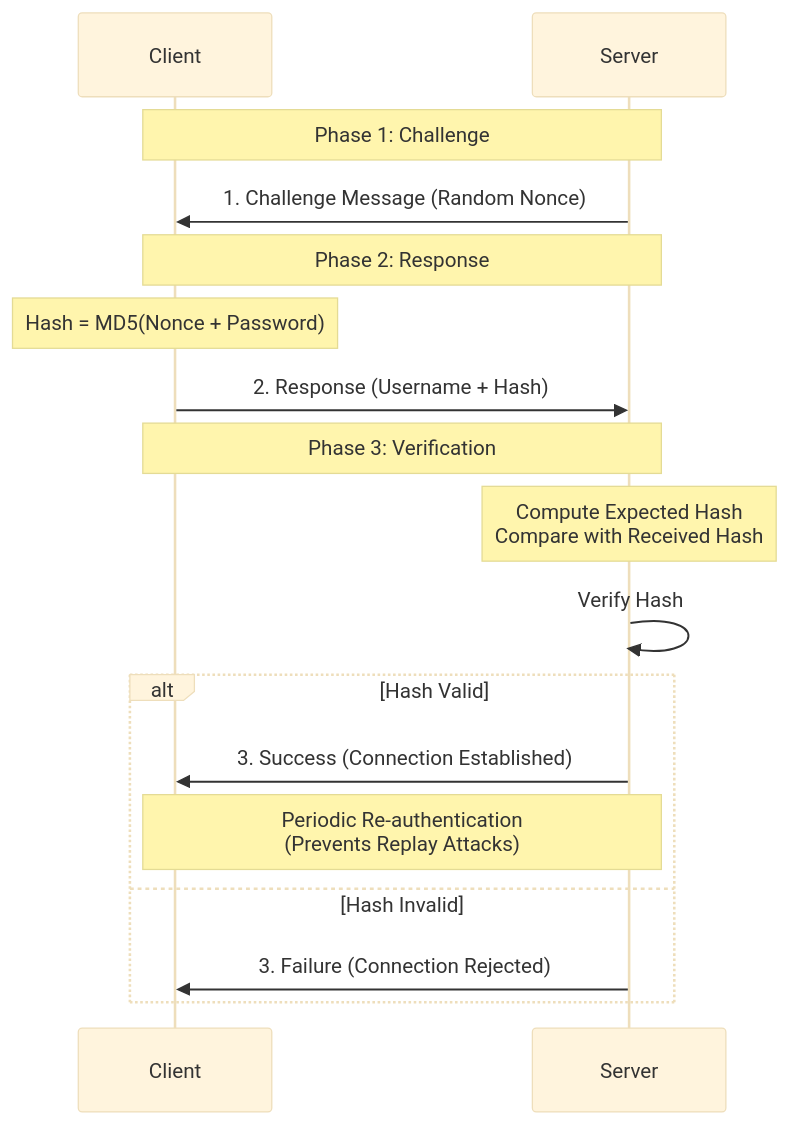
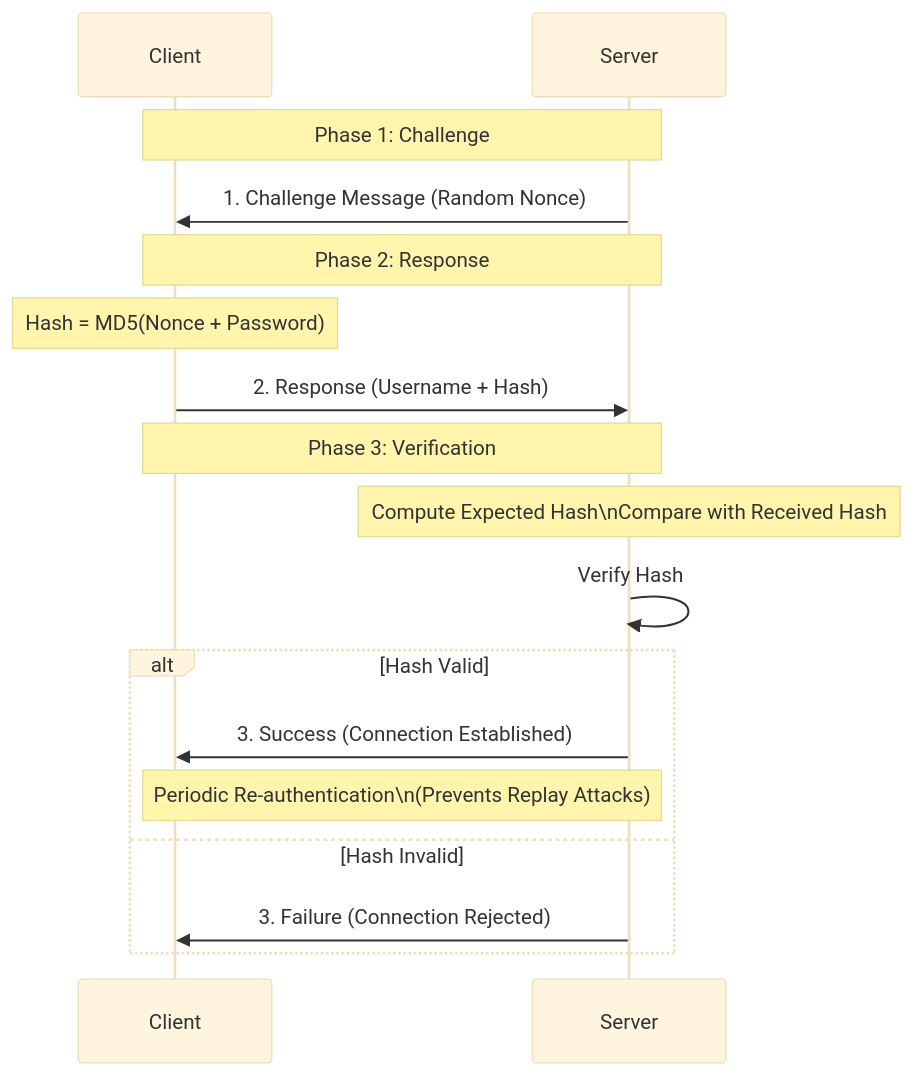
Before and after one commit to Maverick-sudo/Academy-WebApp: the fifth of 6 diagrams in content/study-notes/security/offensive-security/ThreatIntelligenceAssessment.md, drawn with Mermaid (base theme). The commit also changed other lines of this file and 204 other files, not shown here.

````diff
--- a/content/study-notes/security/offensive-security/ThreatIntelligenceAssessment.md
+++ b/content/study-notes/security/offensive-security/ThreatIntelligenceAssessment.md
@@ -714,23 +714,23 @@
 ```mermaid
 sequenceDiagram
     participant C as Client
     participant S as Server
     
     Note over C,S: Phase 1: Challenge
     S->>C: 1. Challenge Message (Random Nonce)
     
     Note over C,S: Phase 2: Response
     Note over C: Hash = MD5(Nonce + Password)
     C->>S: 2. Response (Username + Hash)
     
     Note over C,S: Phase 3: Verification
-    Note over S: Compute Expected Hash<br/>Compare with Received Hash
+    Note over S: Compute Expected Hash\nCompare with Received Hash
     S->>S: Verify Hash
     
     alt Hash Valid
         S->>C: 3. Success (Connection Established)
-        Note over C,S: Periodic Re-authentication<br/>(Prevents Replay Attacks)
+        Note over C,S: Periodic Re-authentication\n(Prevents Replay Attacks)
     else Hash Invalid
         S->>C: 3. Failure (Connection Rejected)
     end
 ```
````
